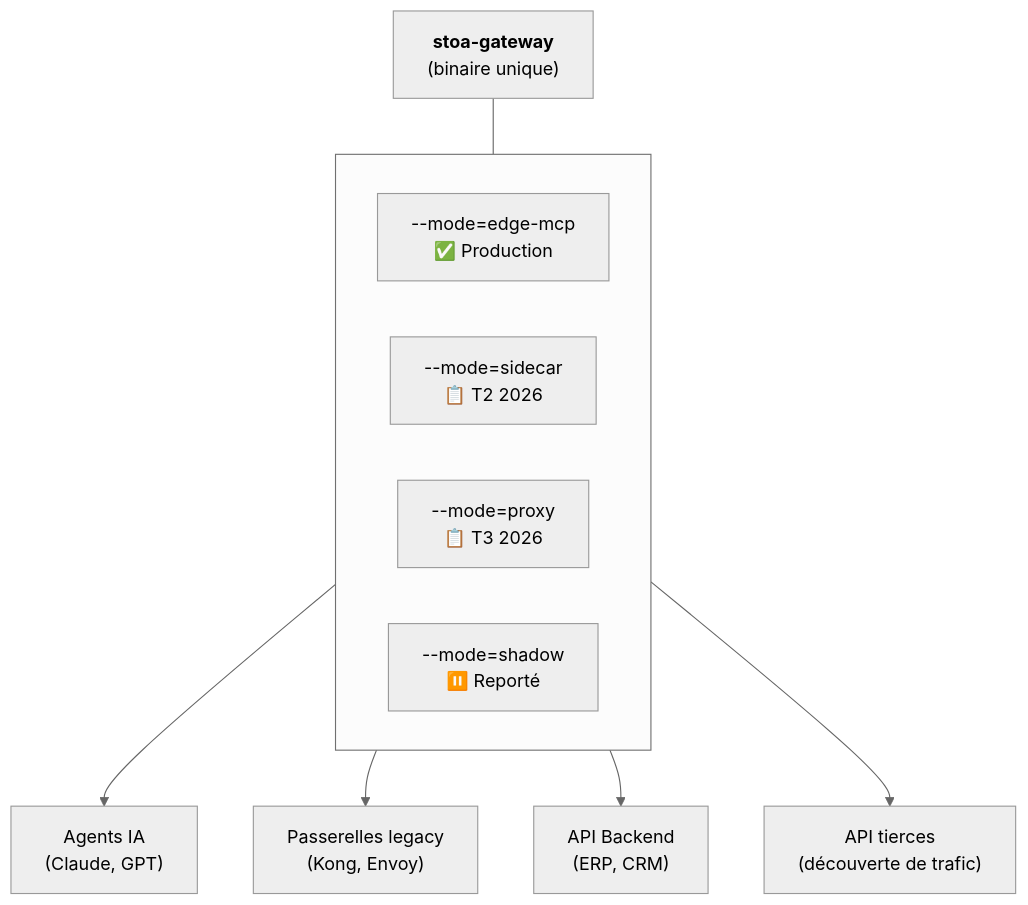
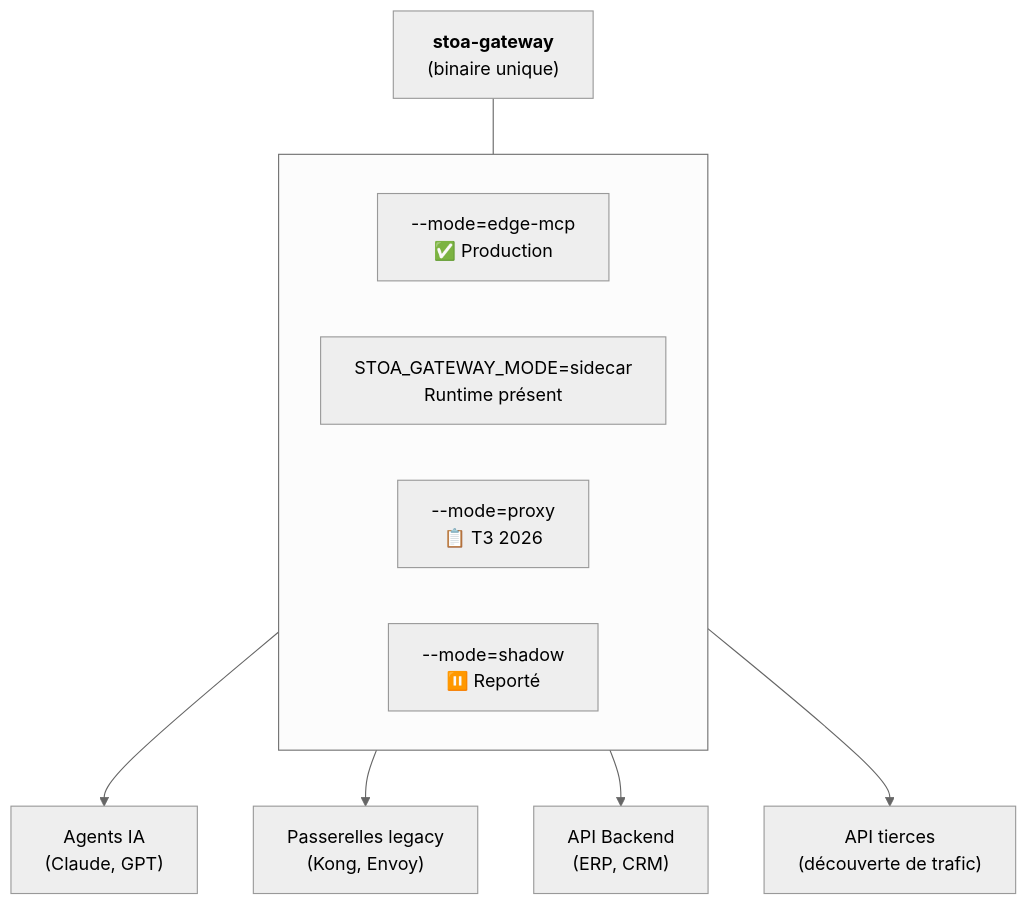
One commit to stoa-platform/stoa-docs changed the diagram in i18n/fr/docusaurus-plugin-content-docs/current/concepts/gateway.md. Above: the diagram before and after it, drawn with Mermaid (neutral theme). The commit also changed other lines of this file and 26 other files, not shown here.

````diff
--- a/i18n/fr/docusaurus-plugin-content-docs/current/concepts/gateway.md
+++ b/i18n/fr/docusaurus-plugin-content-docs/current/concepts/gateway.md
@@ -21,18 +21,18 @@
 ```mermaid
 flowchart TB
     GW["<b>stoa-gateway</b><br/>(binaire unique)"]
 
     subgraph modes[" "]
         direction LR
         EM["--mode=edge-mcp<br/>✅ Production"]
-        SC["--mode=sidecar<br/>📋 T2 2026"]
+        SC["STOA_GATEWAY_MODE=sidecar<br/>Runtime présent"]
         PX["--mode=proxy<br/>📋 T3 2026"]
         SH["--mode=shadow<br/>⏸️ Reporté"]
     end
 
     GW --- modes
     EM --> AI["Agents IA<br/>(Claude, GPT)"]
     SC --> LG["Passerelles legacy<br/>(Kong, Envoy)"]
     PX --> BE["API Backend<br/>(ERP, CRM)"]
     SH --> DI["API tierces<br/>(découverte de trafic)"]
 ```
````
